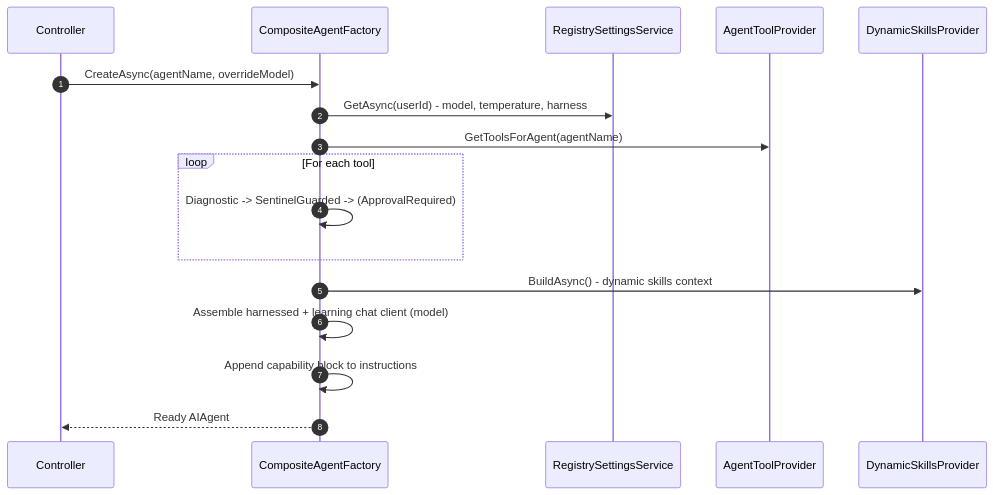
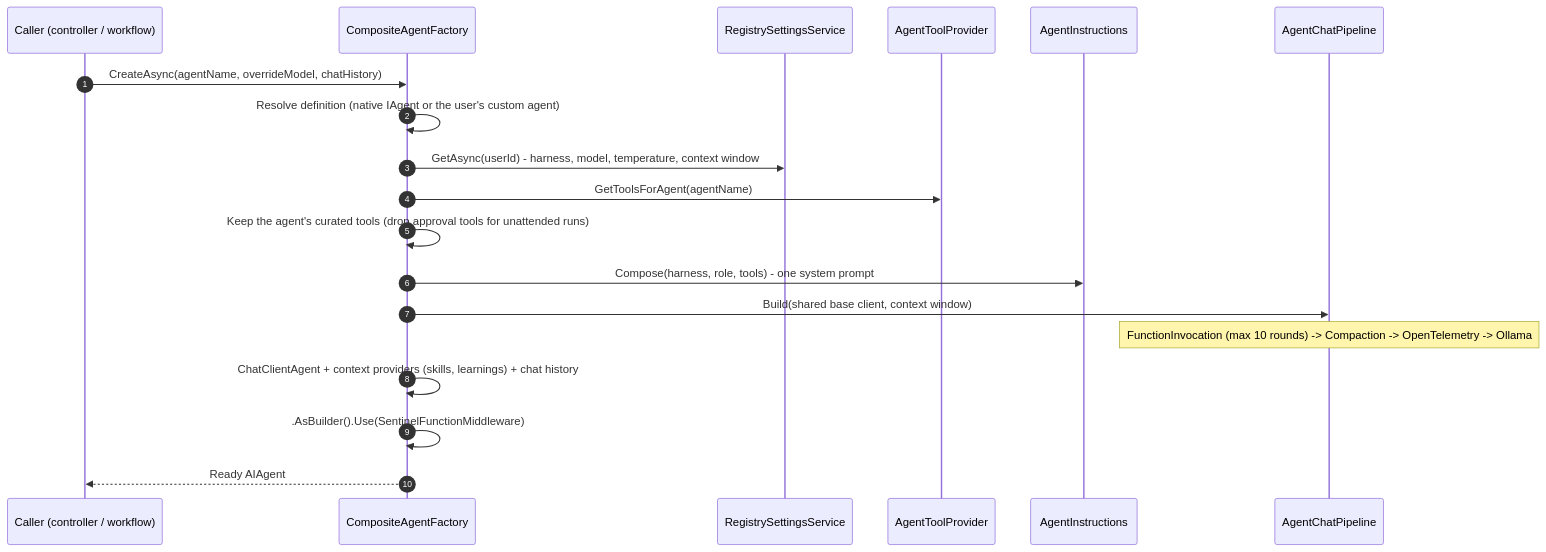
Before and after one commit to mihailshterev/sentium: the diagram in docs/diagrams/agents-2-runtime-construction.md, drawn with Mermaid. The commit also changed 138 other files, not shown here.

````diff
--- a/docs/diagrams/agents-2-runtime-construction.md
+++ b/docs/diagrams/agents-2-runtime-construction.md
@@ -1,20 +1,22 @@
 ```mermaid
 sequenceDiagram
     autonumber
-    participant AR as Controller
+    participant C as Caller (controller / workflow)
     participant F as CompositeAgentFactory
     participant RS as RegistrySettingsService
     participant TP as AgentToolProvider
-    participant SK as DynamicSkillsProvider
+    participant AI as AgentInstructions
+    participant P as AgentChatPipeline
 
-    AR->>F: CreateAsync(agentName, overrideModel)
-    F->>RS: GetAsync(userId) - model, temperature, harness
+    C->>F: CreateAsync(agentName, overrideModel, chatHistory)
+    F->>F: Resolve definition (native IAgent or the user's custom agent)
+    F->>RS: GetAsync(userId) - harness, model, temperature, context window
     F->>TP: GetToolsForAgent(agentName)
-    loop For each tool
-        F->>F: Diagnostic -> SentinelGuarded -> (ApprovalRequired)
-    end
-    F->>SK: BuildAsync() - dynamic skills context
-    F->>F: Assemble harnessed + learning chat client (model)
-    F->>F: Append capability block to instructions
-    F-->>AR: Ready AIAgent
+    F->>F: Keep the agent's curated tools (drop approval tools for unattended runs)
+    F->>AI: Compose(harness, role, tools) - one system prompt
+    F->>P: Build(shared base client, context window)
+    Note over P: FunctionInvocation (max 10 rounds) -> Compaction -> OpenTelemetry -> Ollama
+    F->>F: ChatClientAgent + context providers (skills, learnings) + chat history
+    F->>F: .AsBuilder().Use(SentinelFunctionMiddleware)
+    F-->>C: Ready AIAgent
 ```
````
